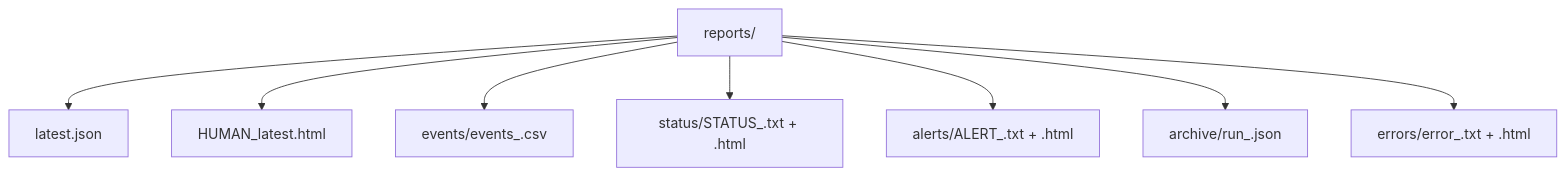
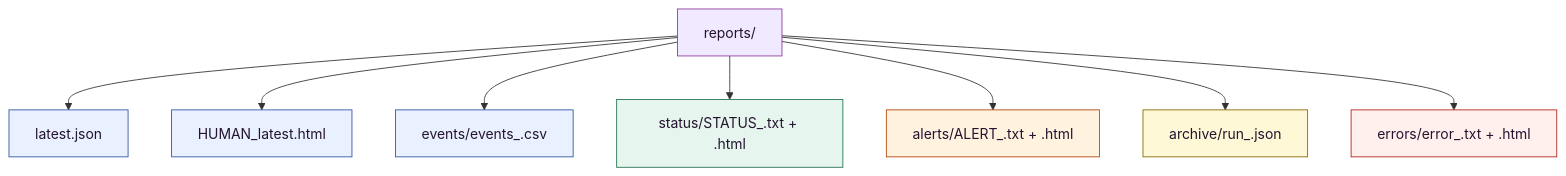
One commit to Alieyeh/File_Integrity_Check changed the second of 2 diagrams in README.md. Above: the diagram before and after it, drawn with Mermaid. The commit also changed other lines of this file and 3 other files, not shown here.

````diff
--- a/README.md
+++ b/README.md
@@ -222,11 +256,24 @@
 ```mermaid
 flowchart TD
     R["reports/"]
     R --> L["latest.json"]
     R --> H["HUMAN_latest.html"]
     R --> E["events/events_<run_id>.csv"]
     R --> S["status/STATUS_<run_id>.txt + .html"]
     R --> A["alerts/ALERT_<run_id>.txt + .html"]
     R --> AR["archive/run_<run_id>.json"]
     R --> ER["errors/error_<date>.txt + .html"]
+
+    classDef root fill:#f1e9ff,stroke:#8b3a9c,color:#25142f;
+    classDef latest fill:#e9f0ff,stroke:#3156a3,color:#25142f;
+    classDef clear fill:#e6f5ee,stroke:#24744f,color:#25142f;
+    classDef alert fill:#fff3e0,stroke:#b54708,color:#25142f;
+    classDef archive fill:#fff8d6,stroke:#8a6a00,color:#25142f;
+    classDef error fill:#fff0ed,stroke:#b42318,color:#25142f;
+    class R root;
+    class L,H,E latest;
+    class S clear;
+    class A alert;
+    class AR archive;
+    class ER error;
 ```
````
